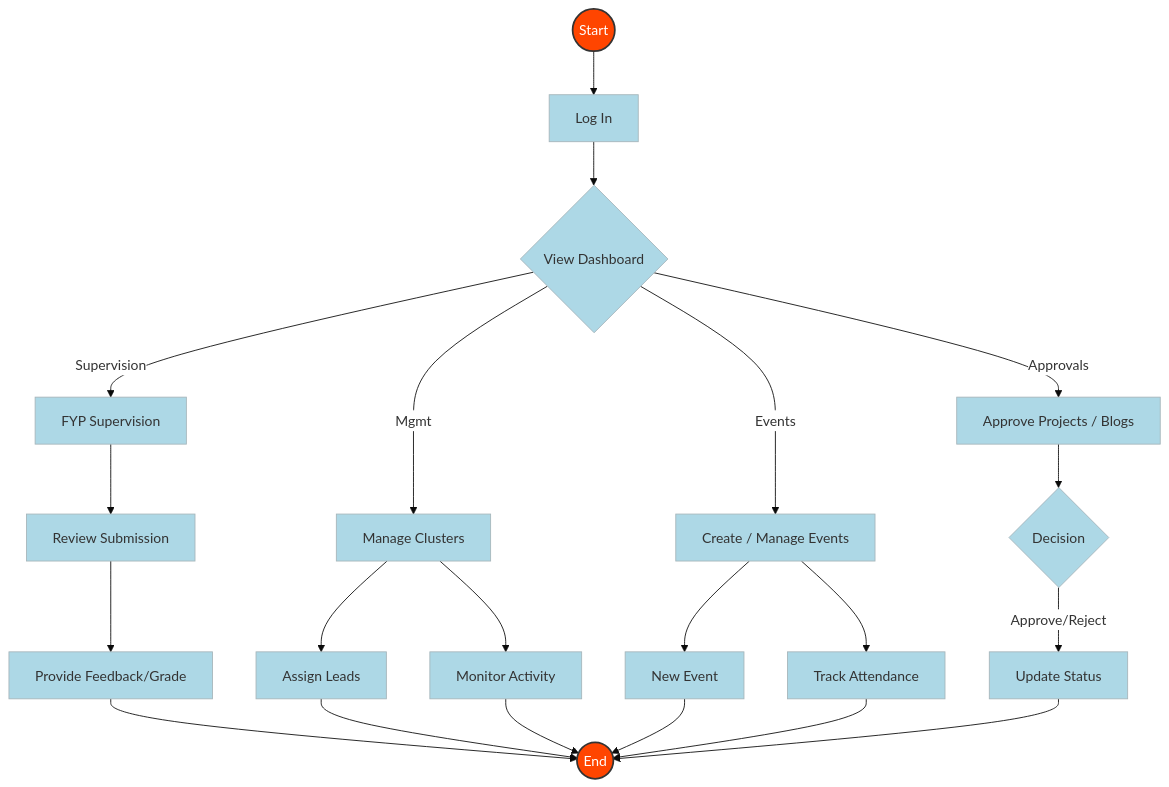
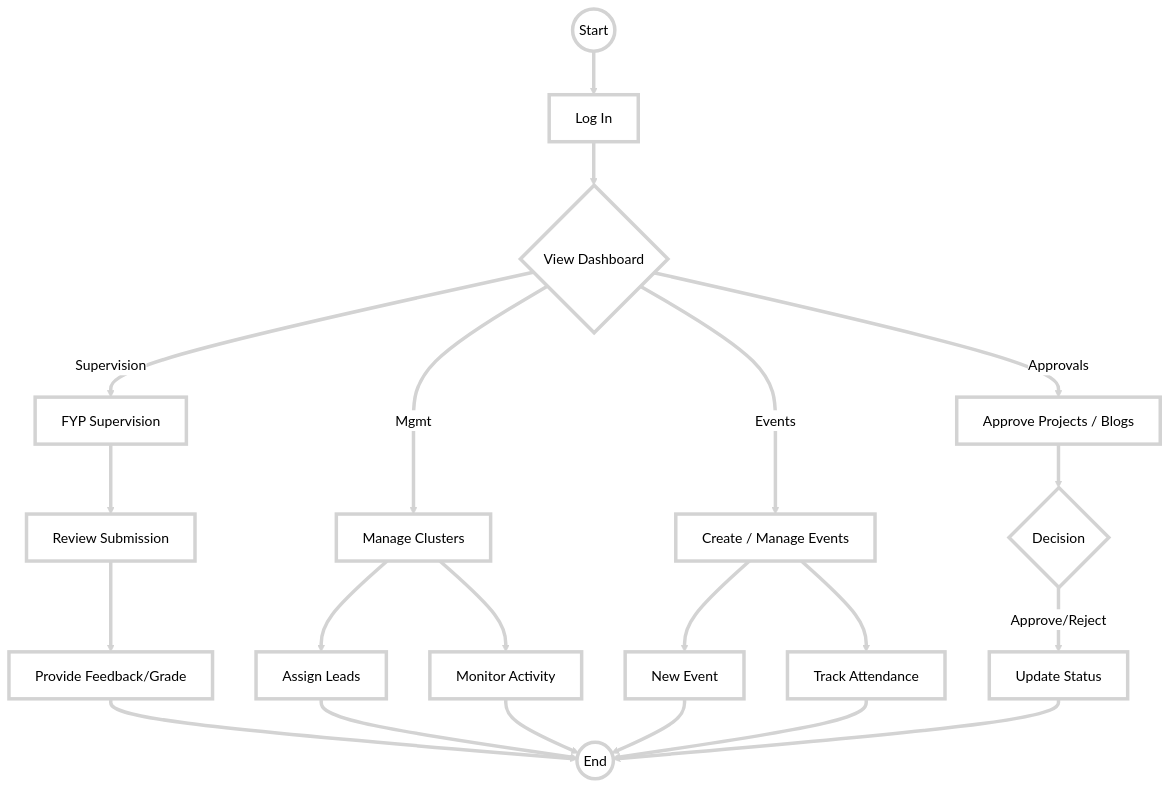
One commit to devstudentspace/fyb.swebuk changed the second of 2 diagrams in app/dashboard/staff/README.md. Above: the diagram before and after it, drawn with Mermaid. The commit also changed 4 other files, not shown here.

Commit message:
Node Fills: Set to pure white (#ffffff).    - Lines (Arrows & Borders): Set to a light grey color (#d3d3d3).    - Thickness: Increased the stroke-width to 4px for all nodes and connecting lines to make them stand      out.

````diff
--- a/app/dashboard/staff/README.md
+++ b/app/dashboard/staff/README.md
@@ -72,33 +72,36 @@
 ```mermaid
-%%{init: {'theme': 'base', 'themeVariables': { 'primaryColor': '#ADD8E6', 'edgeLabelBackground':'#ffffff', 'tertiaryColor': '#f4f4f4'}}}%%
+%%{init: {'theme': 'base', 'themeVariables': { 'mainBkg': '#ffffff', 'primaryColor': '#ffffff', 'primaryTextColor': '#000000', 'primaryBorderColor': '#d3d3d3', 'lineColor': '#d3d3d3'}}}%%
 flowchart TD
+    classDef default fill:#ffffff,stroke:#d3d3d3,stroke-width:4px,color:#000;
+    linkStyle default stroke:#d3d3d3,stroke-width:4px;
+
     Start((Start)) --> Login[Log In]
     Login --> Dash{View Dashboard}
     
     Dash -->|Supervision| FYP[FYP Supervision]
     Dash -->|Mgmt| ClusterMgmt[Manage Clusters]
     Dash -->|Events| EventMgmt[Create / Manage Events]
     Dash -->|Approvals| Approvals[Approve Projects / Blogs]
     
     FYP --> ReviewSub[Review Submission]
     ReviewSub --> Feedback[Provide Feedback/Grade]
     
     ClusterMgmt --> AssignLead[Assign Leads]
     ClusterMgmt --> Monitor[Monitor Activity]
     
     EventMgmt --> CreateEvt[New Event]
     EventMgmt --> TrackAtt[Track Attendance]
     
     Approvals --> Dec{Decision}
     Dec -->|Approve/Reject| Finalize[Update Status]
     
     Feedback --> End((End))
     AssignLead --> End
     Monitor --> End
     CreateEvt --> End
     TrackAtt --> End
     Finalize --> End
     
-    style Start fill:#FF4500,stroke:#333,stroke-width:2px,color:white
-    style End fill:#FF4500,stroke:#333,stroke-width:2px,color:white
+    style Start fill:#ffffff,stroke:#d3d3d3,stroke-width:4px
+    style End fill:#ffffff,stroke:#d3d3d3,stroke-width:4px
 ```
````
